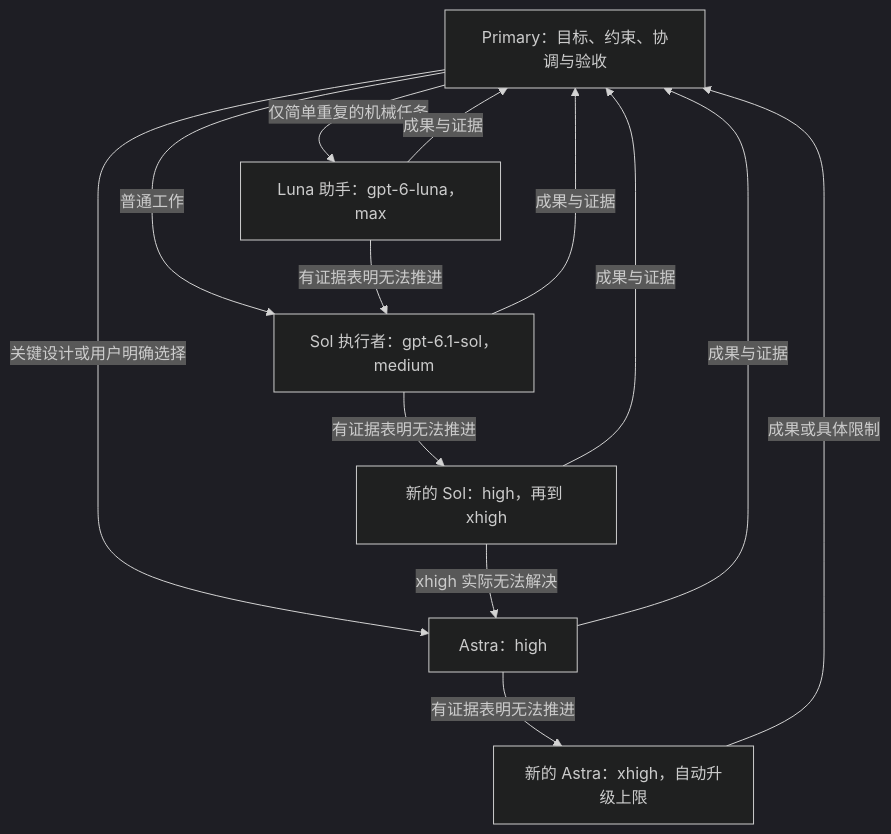
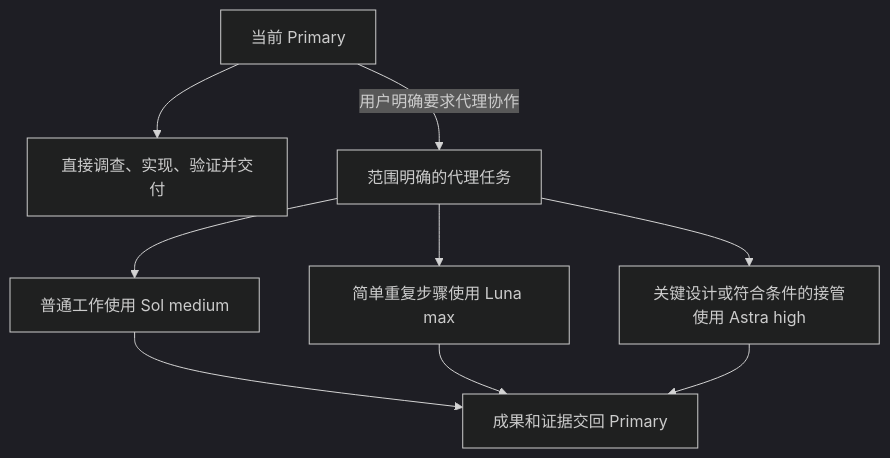
The diagram in README.zh-CN.md (PigeonAI-Yang/pigeonstack), drawn with Mermaid (dark theme) before and after one commit. The commit also changed other lines of this file and 191 other files, not shown here.

````diff
--- a/README.zh-CN.md
+++ b/README.zh-CN.md
@@ -89,15 +93,11 @@
 ```mermaid
 flowchart TD
-    P["Primary：目标、约束、协调与验收"] -->|"普通工作"| S["Sol 执行者：gpt-6.1-sol，medium"]
-    P -->|"仅简单重复的机械任务"| L["Luna 助手：gpt-6-luna，max"]
-    P -->|"关键设计或用户明确选择"| A["Astra：high"]
-    L -->|"有证据表明无法推进"| S
-    S -->|"有证据表明无法推进"| H["新的 Sol：high，再到 xhigh"]
-    H -->|"xhigh 实际无法解决"| A
-    A -->|"有证据表明无法推进"| X["新的 Astra：xhigh，自动升级上限"]
-    S -->|"成果与证据"| P
-    L -->|"成果与证据"| P
-    H -->|"成果与证据"| P
-    A -->|"成果与证据"| P
-    X -->|"成果或具体限制"| P
+    P["当前 Primary"] --> D["直接调查、实现、验证并交付"]
+    P -->|"用户明确要求代理协作"| G["范围明确的代理任务"]
+    G --> S["普通工作使用 Sol medium"]
+    G --> L["简单重复步骤使用 Luna max"]
+    G --> A["关键设计或符合条件的接管使用 Astra high"]
+    S --> R["成果和证据交回 Primary"]
+    L --> R
+    A --> R
 ```
````
